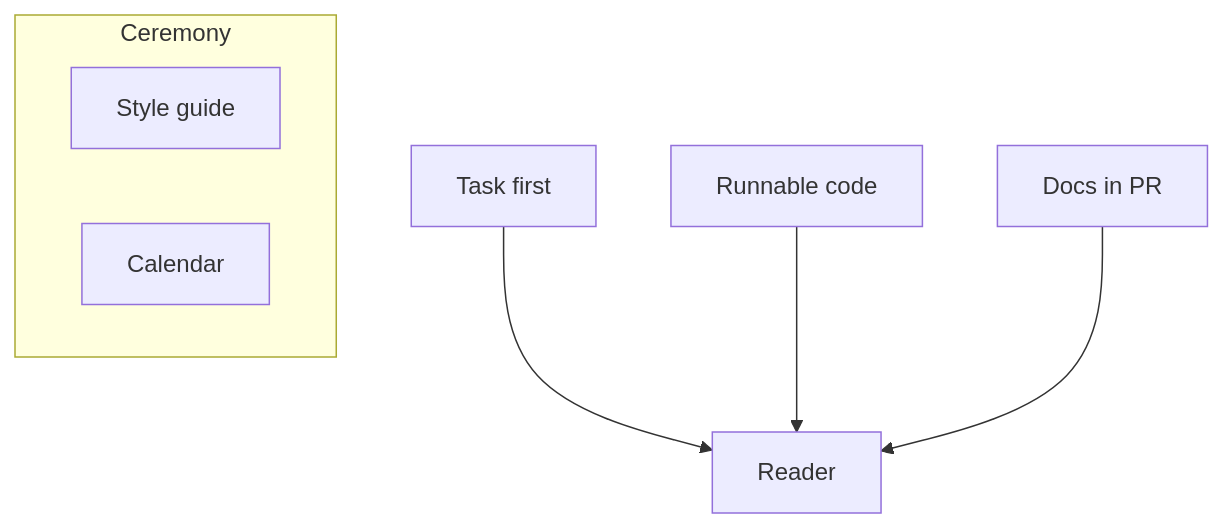
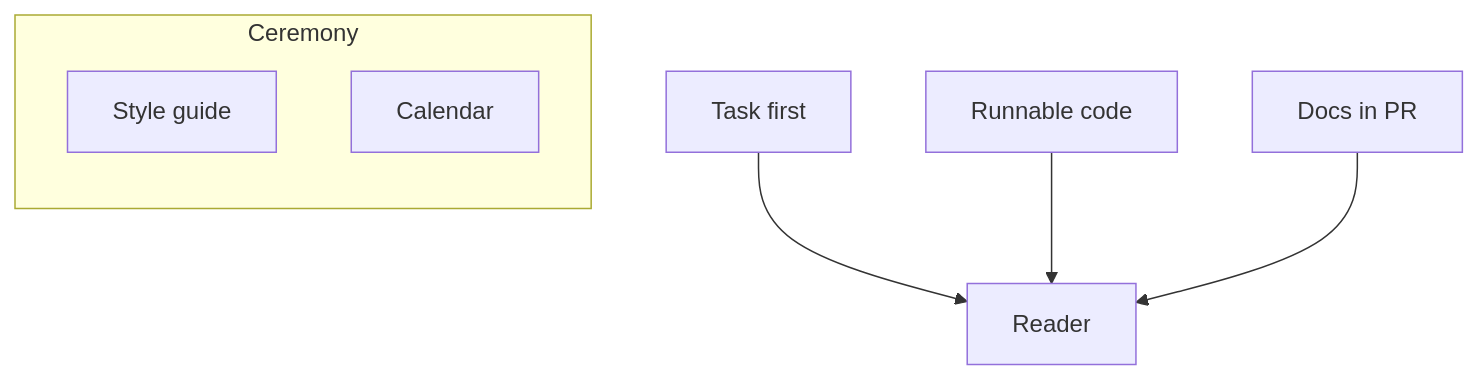
The diagram in content/diagrams/technical-writing-for-engineers/docs-8020.mmd (ninadpathak/ninadpathak), drawn with Mermaid before and after one commit. The commit also changed 28 other files, not shown here.

```diff
--- a/content/diagrams/technical-writing-for-engineers/docs-8020.mmd
+++ b/content/diagrams/technical-writing-for-engineers/docs-8020.mmd
@@ -1,24 +1,25 @@
 %% @fig 01
 %% @kicker The few that carry the value
 %% @alt Three practices reach the reader: leading with the task, code that copies and runs, and a documentation update in every feature pull request. Two more, a style guide and a content calendar, are drawn muted inside a cluster labelled ceremony and do not connect to the reader, because they only matter once the first three are in place.
 %% @caption A few practices deliver most of the value. Layer on the ceremony once the docs ship with the code.
 %% @path task>reader
 %% @glyph task | action
 %% @glyph code | doc check
 %% @glyph pr | ledger rows=4
 %% @glyph guide | doc
 %% @glyph cal | doc
 %% @glyph reader | reader
+%% @spacing 18,64
 flowchart TB
   task["Task first"]:::accent
   code["Runnable code"]
   pr["Docs in PR"]
   reader["Reader"]:::focal
   subgraph cer [Ceremony]
-    direction LR
+    direction TB
     guide["Style guide"]:::muted
     cal["Calendar"]:::muted
   end
   task --> reader
   code --> reader
   pr --> reader
```
